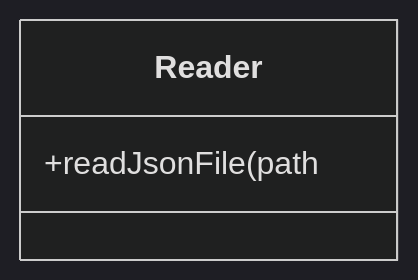
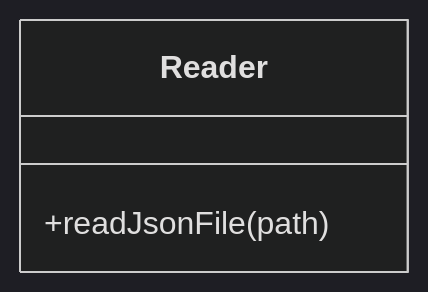
Before and after one commit to blu3ming/BackEnd-Semana-4-Code-Challenge: the first of 4 diagrams in README.md, drawn with Mermaid (dark theme). The commit also changed other lines of this file, not shown here.

````diff
--- a/README.md
+++ b/README.md
@@ -29,5 +29,5 @@
 ```mermaid
 classDiagram
     class Reader
-    Reader : +readJsonFile(path
+    Reader : +readJsonFile(path)
 ```
````
